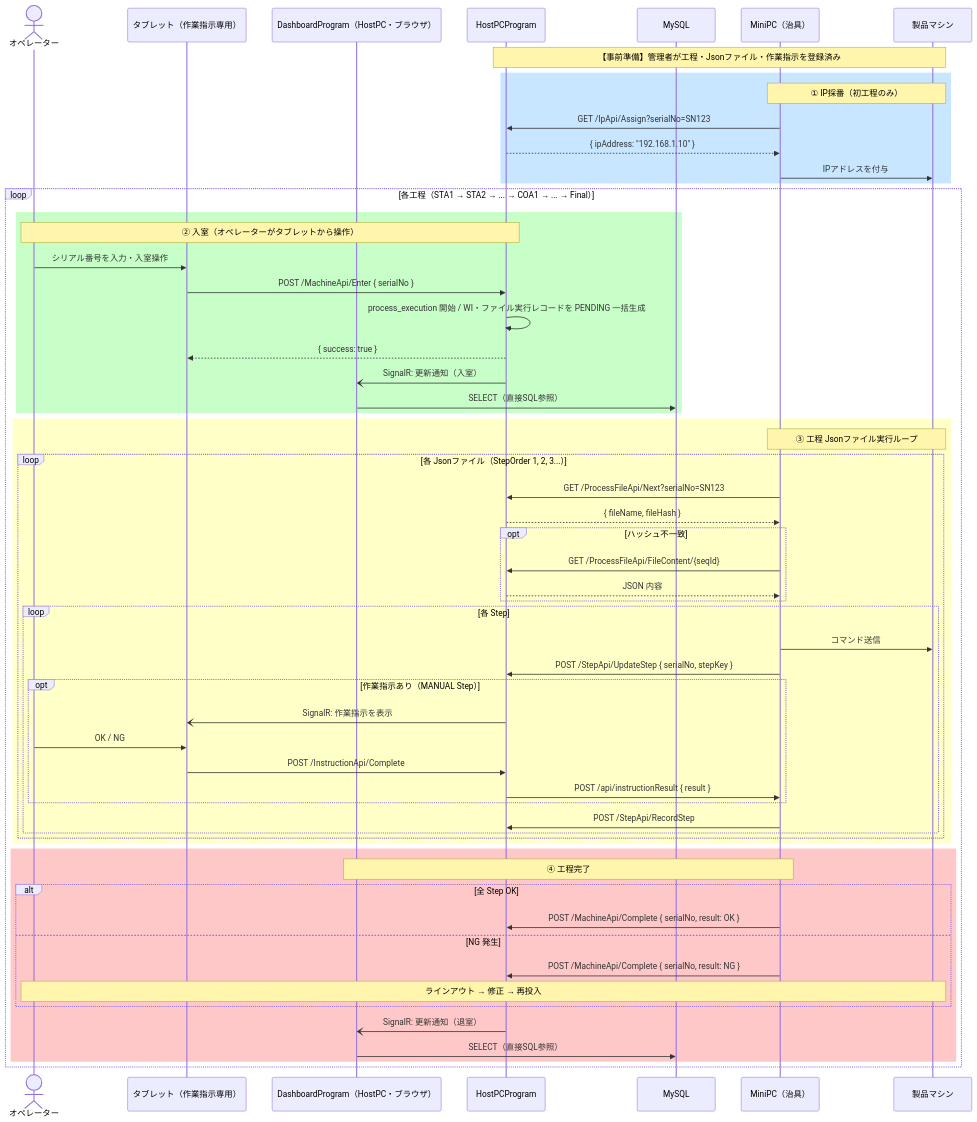
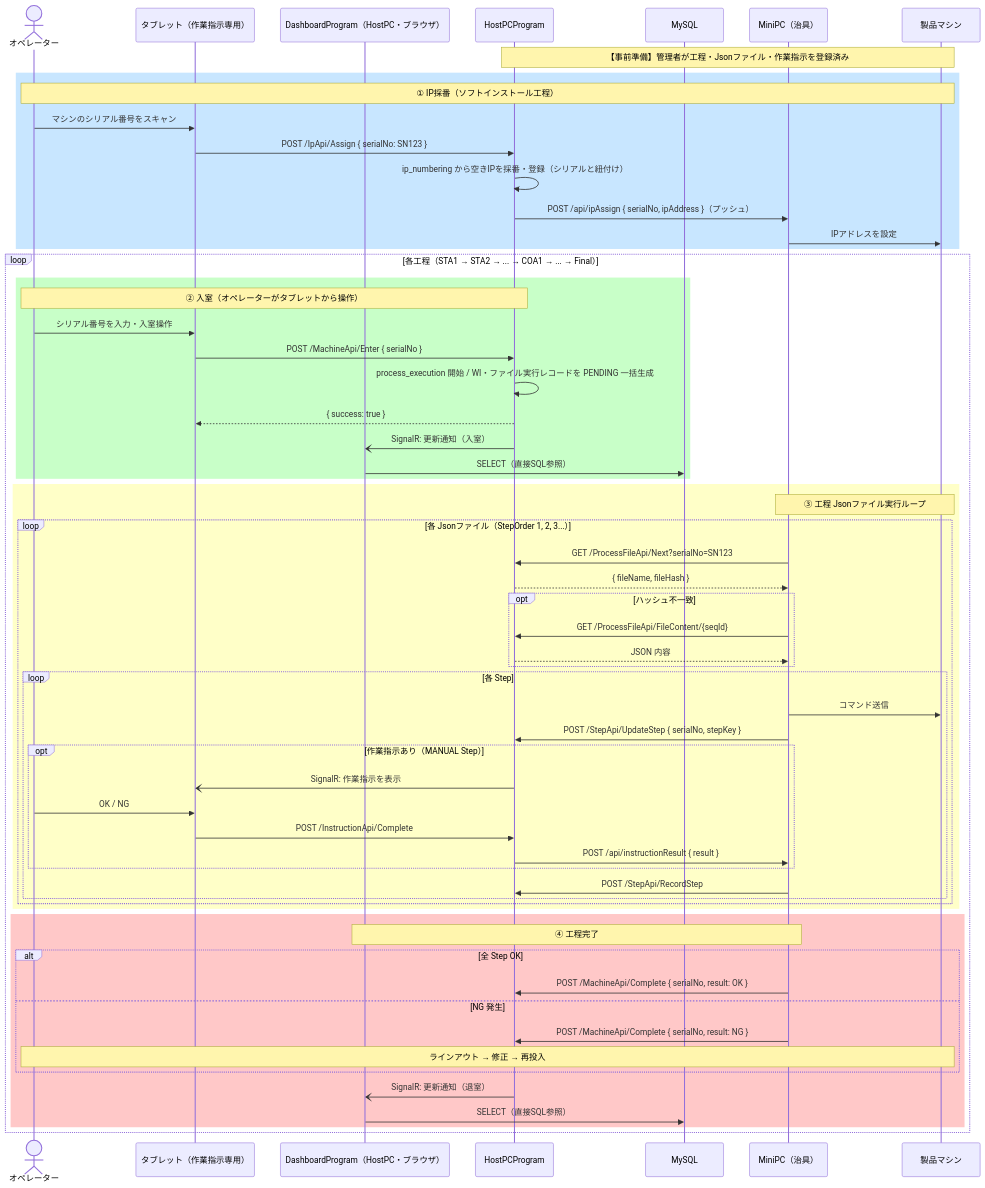
One commit to namagi14-lab/spica-warranty-design changed the first of 11 diagrams in docs/07_system_design.md. Above: the diagram before and after it, drawn with Mermaid. The commit also changed other lines of this file and 3 other files, not shown here.

First line of the commit message:
Correct IP採番 flow to tablet-initiated

````diff
--- a/docs/07_system_design.md
+++ b/docs/07_system_design.md
@@ -36,67 +36,69 @@
 ```mermaid
 sequenceDiagram
     actor Op as オペレーター
     participant Tablet as タブレット（作業指示専用）
     participant Dash as DashboardProgram（HostPC・ブラウザ）
     participant App as HostPCProgram
     participant DB as MySQL
     participant MiniPC as MiniPC（治具）
     participant Machine as 製品マシン
 
     Note over App,Machine: 【事前準備】管理者が工程・Jsonファイル・作業指示を登録済み
 
     rect rgb(200,230,255)
-        Note over MiniPC,Machine: ① IP採番（初工程のみ）
-        MiniPC->>App: GET /IpApi/Assign?serialNo=SN123
-        App-->>MiniPC: { ipAddress: "192.168.1.10" }
-        MiniPC->>Machine: IPアドレスを付与
+        Note over Op,Machine: ① IP採番（ソフトインストール工程）
+        Op->>Tablet: マシンのシリアル番号をスキャン
+        Tablet->>App: POST /IpApi/Assign { serialNo: SN123 }
+        App->>App: ip_numbering から空きIPを採番・登録（シリアルと紐付け）
+        App->>MiniPC: POST /api/ipAssign { serialNo, ipAddress }（プッシュ）
+        MiniPC->>Machine: IPアドレスを設定
     end
 
     loop 各工程（STA1 → STA2 → ... → COA1 → ... → Final）
 
         rect rgb(200,255,200)
             Note over Op,App: ② 入室（オペレーターがタブレットから操作）
             Op->>Tablet: シリアル番号を入力・入室操作
             Tablet->>App: POST /MachineApi/Enter { serialNo }
             App->>App: process_execution 開始 / WI・ファイル実行レコードを PENDING 一括生成
             App-->>Tablet: { success: true }
             App-)Dash: SignalR: 更新通知（入室）
             Dash->>DB: SELECT（直接SQL参照）
         end
 
         rect rgb(255,255,200)
             Note over MiniPC,Machine: ③ 工程 Jsonファイル実行ループ
             loop 各 Jsonファイル（StepOrder 1, 2, 3...）
                 MiniPC->>App: GET /ProcessFileApi/Next?serialNo=SN123
                 App-->>MiniPC: { fileName, fileHash }
                 opt ハッシュ不一致
                     MiniPC->>App: GET /ProcessFileApi/FileContent/{seqId}
                     App-->>MiniPC: JSON 内容
                 end
                 loop 各 Step
                     MiniPC->>Machine: コマンド送信
                     MiniPC->>App: POST /StepApi/UpdateStep { serialNo, stepKey }
                     opt 作業指示あり（MANUAL Step）
                         App-)Tablet: SignalR: 作業指示を表示
                         Op->>Tablet: OK / NG
                         Tablet->>App: POST /InstructionApi/Complete
                         App->>MiniPC: POST /api/instructionResult { result }
                     end
                     MiniPC->>App: POST /StepApi/RecordStep
                 end
             end
         end
 
         rect rgb(255,200,200)
             Note over MiniPC,Dash: ④ 工程完了
             alt 全 Step OK
                 MiniPC->>App: POST /MachineApi/Complete { serialNo, result: OK }
             else NG 発生
                 MiniPC->>App: POST /MachineApi/Complete { serialNo, result: NG }
                 Note over Op,Machine: ラインアウト → 修正 → 再投入
             end
             App-)Dash: SignalR: 更新通知（退室）
             Dash->>DB: SELECT（直接SQL参照）
         end
     end
 ```
````
